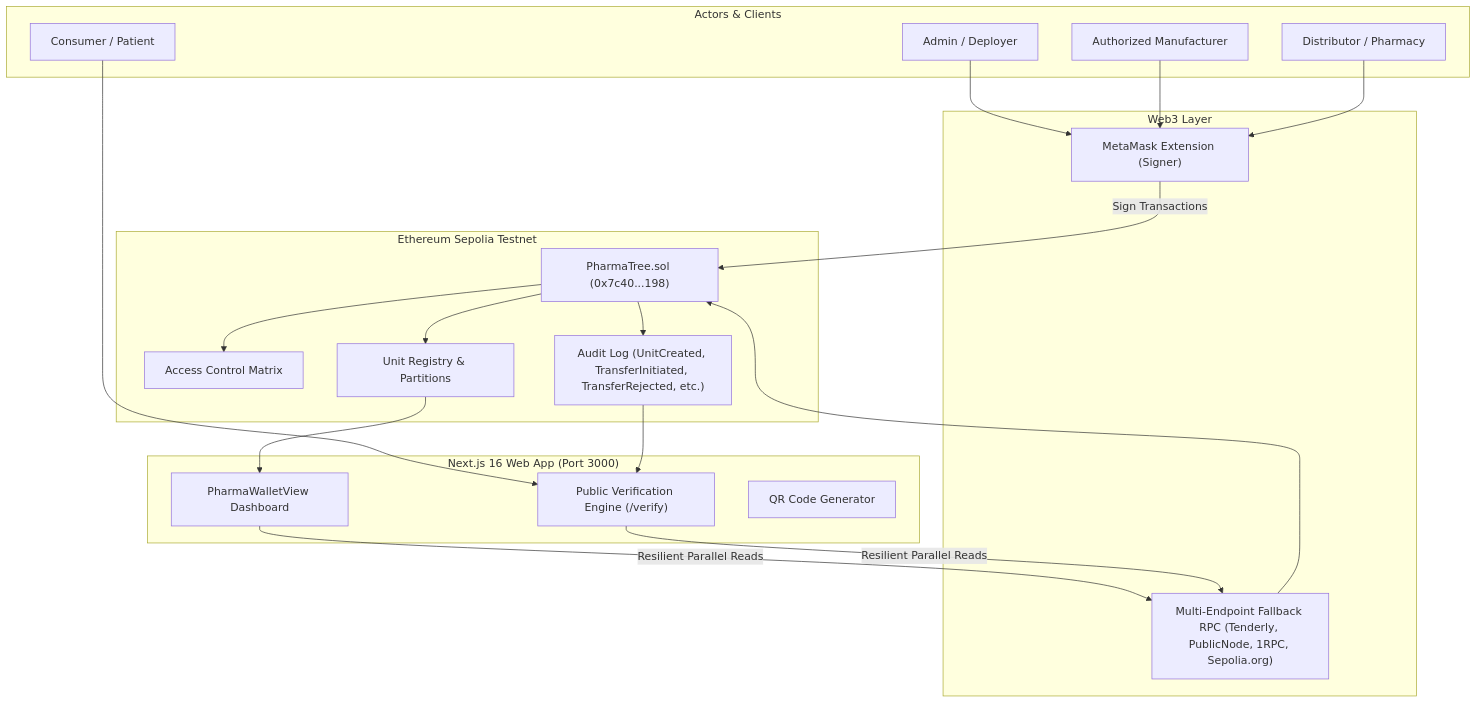
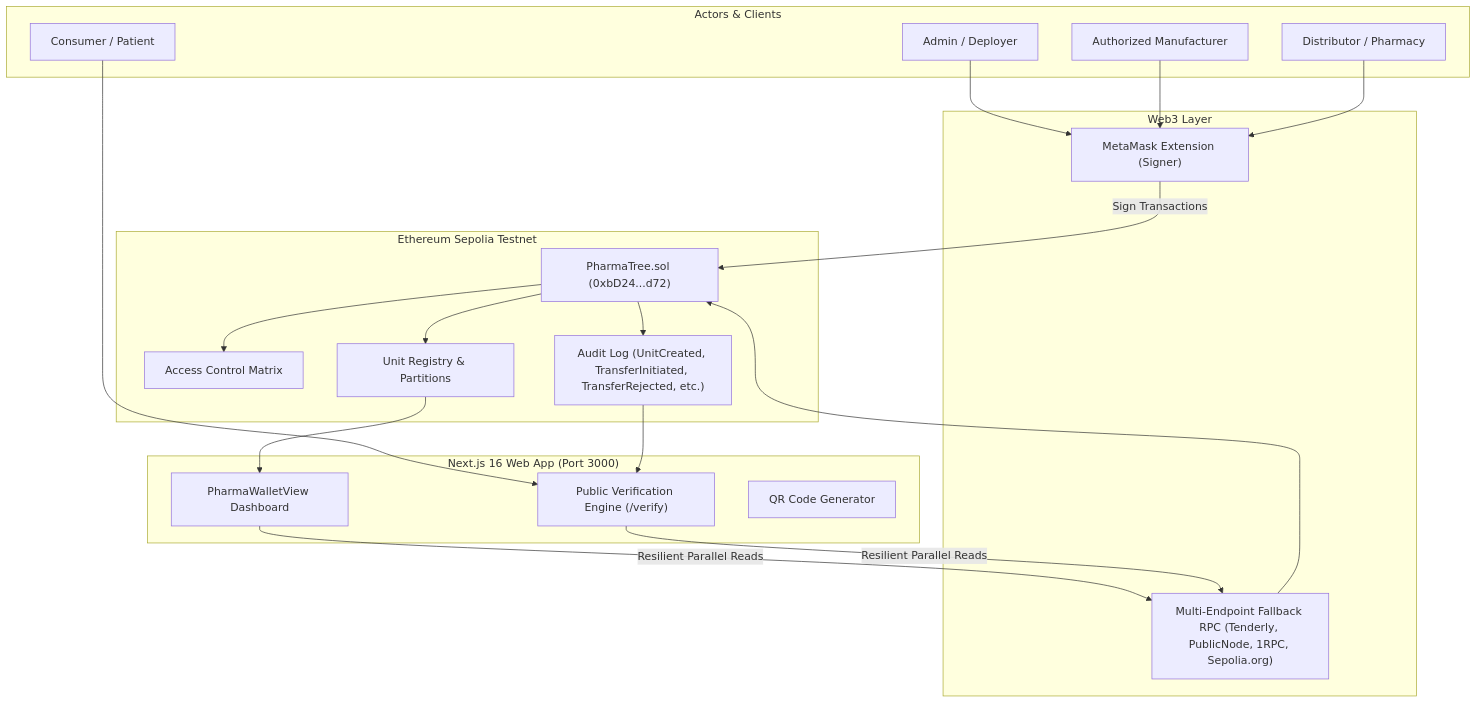
One commit to ayonm95/pharmatree changed the first of 2 diagrams in README.md. Above: the diagram before and after it, drawn with Mermaid. The commit also changed other lines of this file and 6 other files, not shown here.

````diff
--- a/README.md
+++ b/README.md
@@ -33,36 +33,36 @@
 ```mermaid
 flowchart TD
     subgraph Users["Actors & Clients"]
         Admin["Admin / Deployer"]
         Mfr["Authorized Manufacturer"]
         Handler["Distributor / Pharmacy"]
         Public["Consumer / Patient"]
     end
 
     subgraph Frontend["Next.js 16 Web App (Port 3000)"]
         UI["PharmaWalletView Dashboard"]
         VerifyUI["Public Verification Engine (/verify)"]
         QRGen["QR Code Generator"]
     end
 
     subgraph Web3["Web3 Layer"]
         MetaMask["MetaMask Extension (Signer)"]
         ReadRPC["Multi-Endpoint Fallback RPC (Tenderly, PublicNode, 1RPC, Sepolia.org)"]
     end
 
     subgraph Blockchain["Ethereum Sepolia Testnet"]
-        Contract["PharmaTree.sol (0x7c40...198)"]
+        Contract["PharmaTree.sol (0xbD24...d72)"]
         RBAC["Access Control Matrix"]
         Units["Unit Registry & Partitions"]
         Events["Audit Log (UnitCreated, TransferInitiated, TransferRejected, etc.)"]
     end
 
     Admin & Mfr & Handler --> MetaMask
     Public --> VerifyUI
     MetaMask -->|Sign Transactions| Contract
     UI & VerifyUI -->|Resilient Parallel Reads| ReadRPC
     ReadRPC --> Contract
     Contract --> RBAC & Units & Events
     Units --> UI
     Events --> VerifyUI
 ```
````
